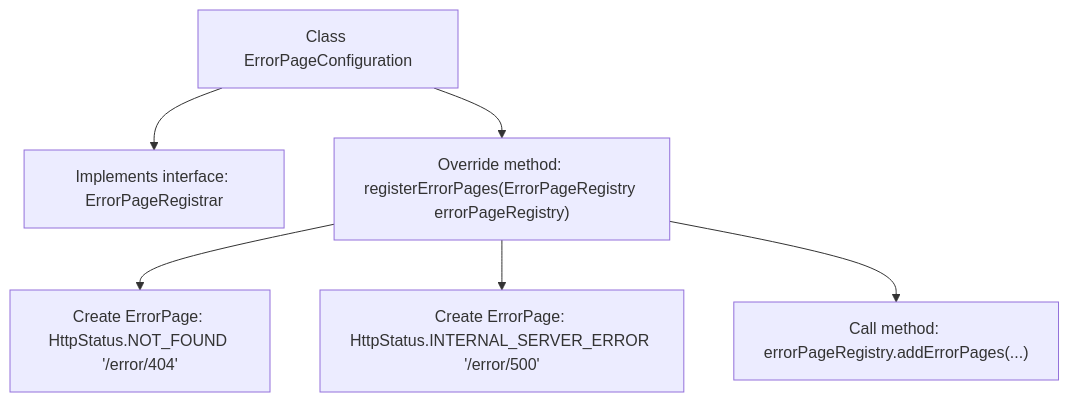
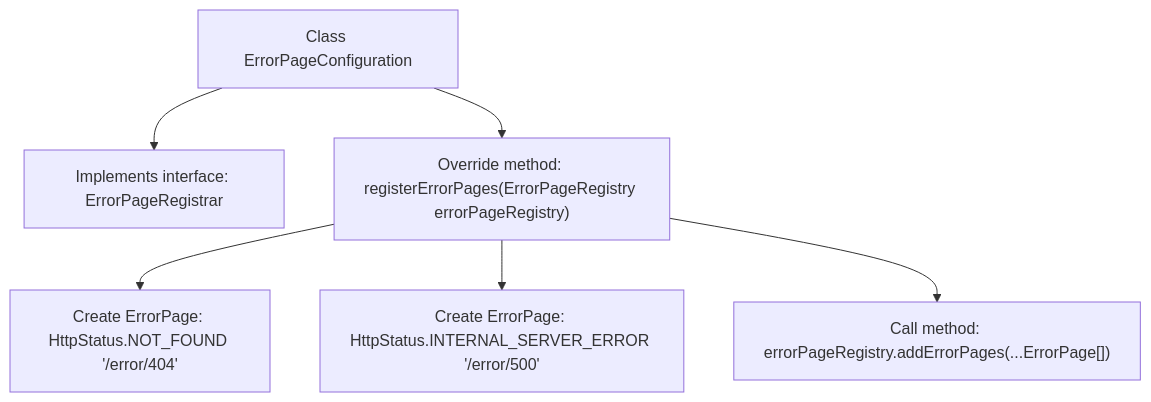
One commit to v-wjrong/binary_weixin-java-miniapp-demo changed the second of 2 diagrams in docs/en/docs/src/main/java/com/github/binarywang/demo/wx/miniapp/error/ErrorPageConfiguration.md. Above: the diagram before and after it, drawn with Mermaid. The commit also changed other lines of this file and 47 other files, not shown here.

````diff
--- a/docs/en/docs/src/main/java/com/github/binarywang/demo/wx/miniapp/error/ErrorPageConfiguration.md
+++ b/docs/en/docs/src/main/java/com/github/binarywang/demo/wx/miniapp/error/ErrorPageConfiguration.md
@@ -71,15 +71,15 @@
 ```mermaid
 graph TD
     A["Class ErrorPageConfiguration"]
     B["Implements interface: ErrorPageRegistrar"]
     C["Override method: registerErrorPages(ErrorPageRegistry errorPageRegistry)"]
     D["Create ErrorPage: HttpStatus.NOT_FOUND '/error/404'"]
     E["Create ErrorPage: HttpStatus.INTERNAL_SERVER_ERROR '/error/500'"]
-    F["Call method: errorPageRegistry.addErrorPages(...)"]
-    
+    F["Call method: errorPageRegistry.addErrorPages(...ErrorPage[])"]
+
     A --> B
     A --> C
     C --> D
     C --> E
     C --> F
 ```
````
